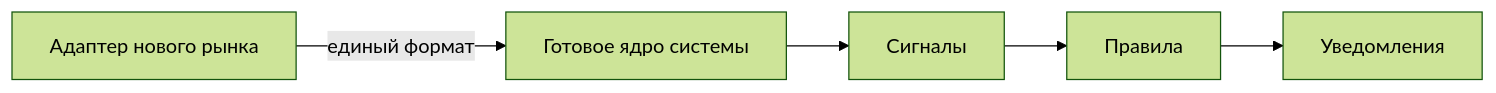
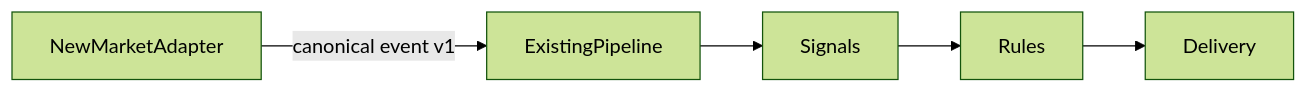
Before and after one commit to MarchenkoRuslan/alarm_system: the seventh of 7 diagrams in docs/architecture/architecture-deck.md, drawn with Mermaid (forest theme). The commit also changed other lines of this file, not shown here.

Commit message:
Update architecture documentation with English terminology for clarity and consistency, including changes to data sources, core pipeline, and event structure.

````diff
--- a/docs/architecture/architecture-deck.md
+++ b/docs/architecture/architecture-deck.md
@@ -294,7 +294,7 @@
 ```mermaid
 flowchart LR
-  New[Адаптер нового рынка] -->|"единый формат"| Pipeline[Готовое ядро системы]
-  Pipeline --> Signals[Сигналы]
-  Signals --> Rules[Правила]
-  Rules --> Delivery[Уведомления]
+  New[NewMarketAdapter] -->|"canonical event v1"| Pipeline[ExistingPipeline]
+  Pipeline --> Signals
+  Signals --> Rules
+  Rules --> Delivery
 ```
````
